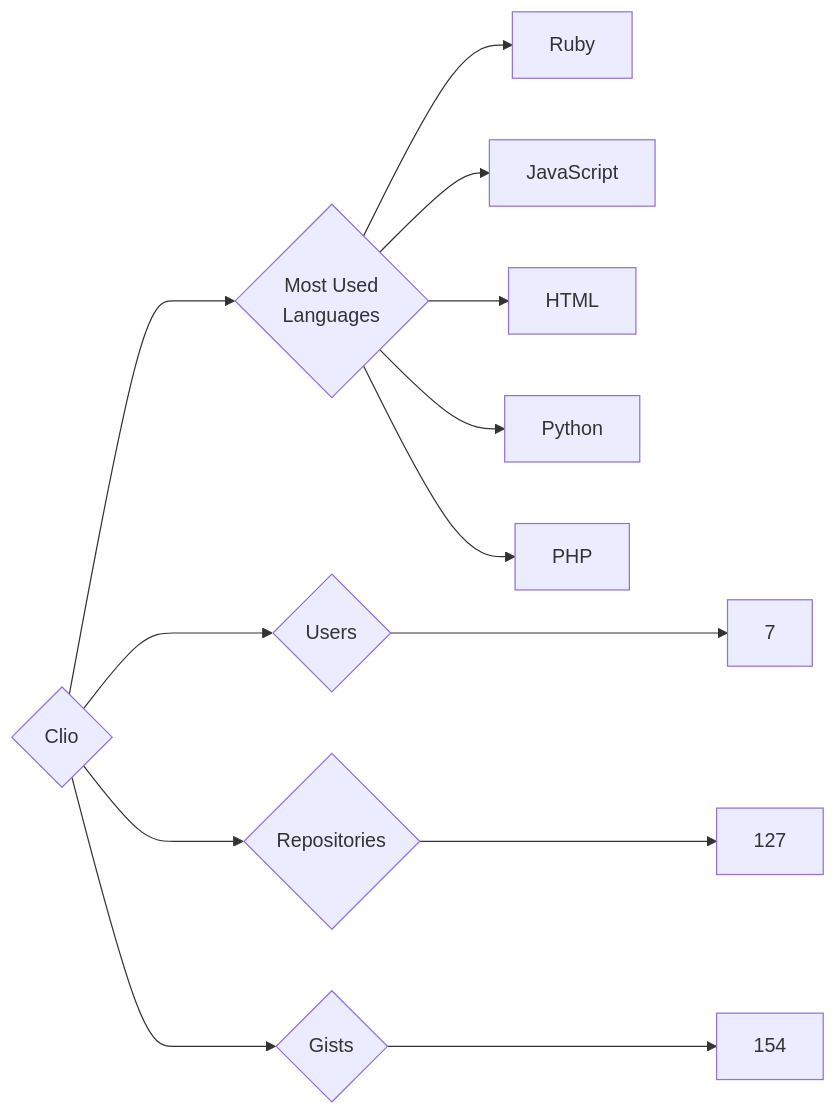
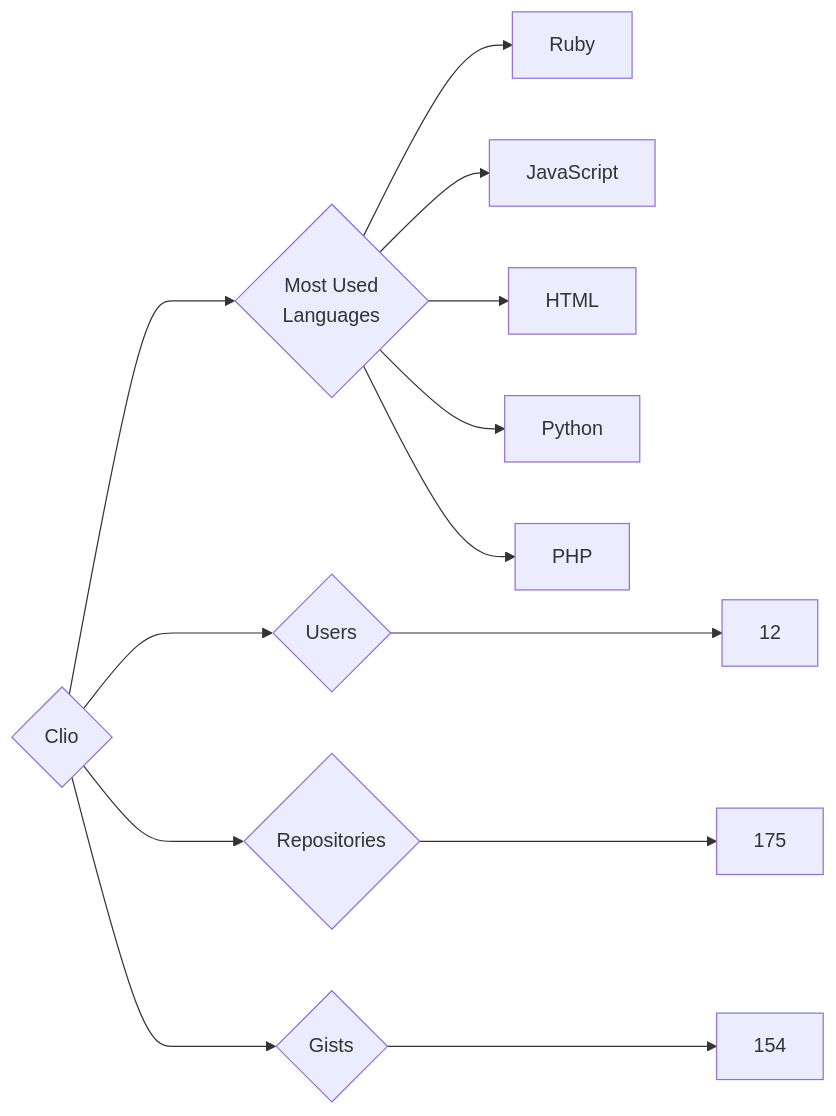
The diagram in targets/Clio/README.md (trickest/insiders), drawn with Mermaid before and after one commit. The commit also changed 930 other files, not shown here.

````diff
--- a/targets/Clio/README.md
+++ b/targets/Clio/README.md
@@ -3,13 +3,13 @@
 ```mermaid
 graph LR
 COMPANY_NAME{Clio}
-COMPANY_NAME ---> U{Users} ---> UN[7]
-COMPANY_NAME ---> R{Repositories} ---> RN[127]
+COMPANY_NAME ---> U{Users} ---> UN[12]
+COMPANY_NAME ---> R{Repositories} ---> RN[175]
 COMPANY_NAME ---> G{Gists} ---> GN[154]
 COMPANY_NAME ---> ML{Most Used<br>Languages}
 ML --> Ruby[Ruby]
 ML --> JavaScript[JavaScript]
 ML --> HTML[HTML]
 ML --> Python[Python]
 ML --> PHP[PHP]
 ```
````
